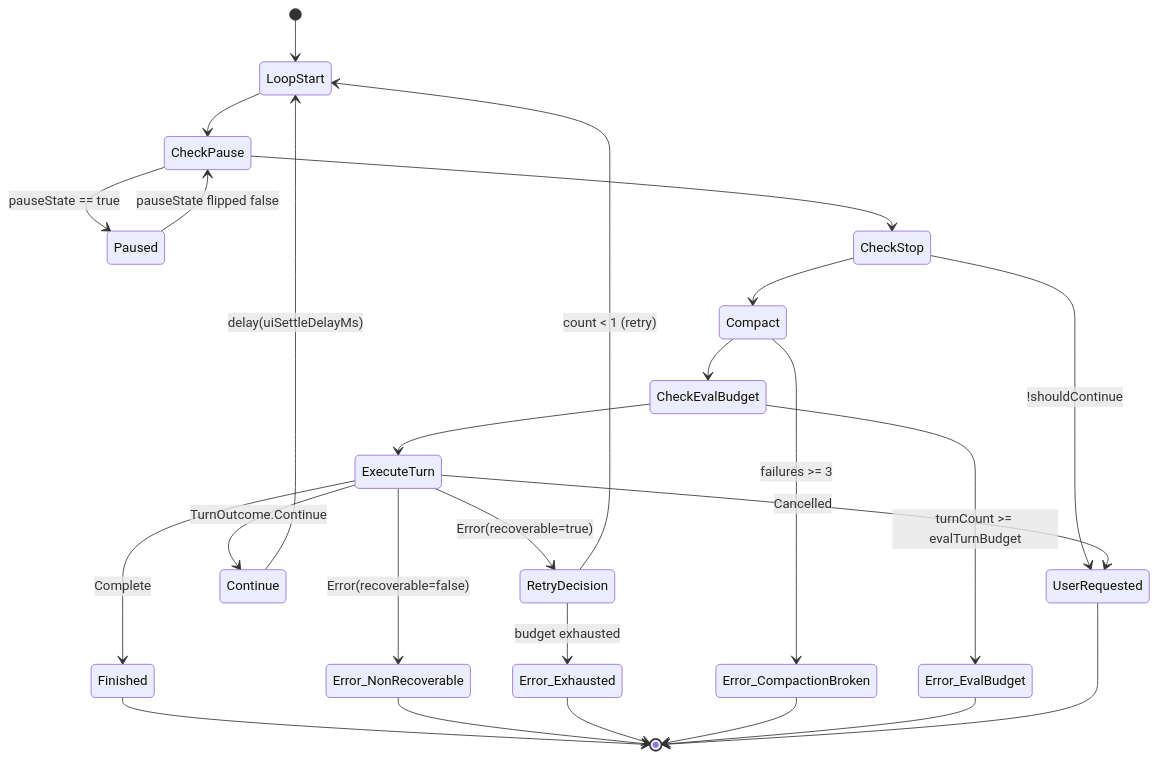
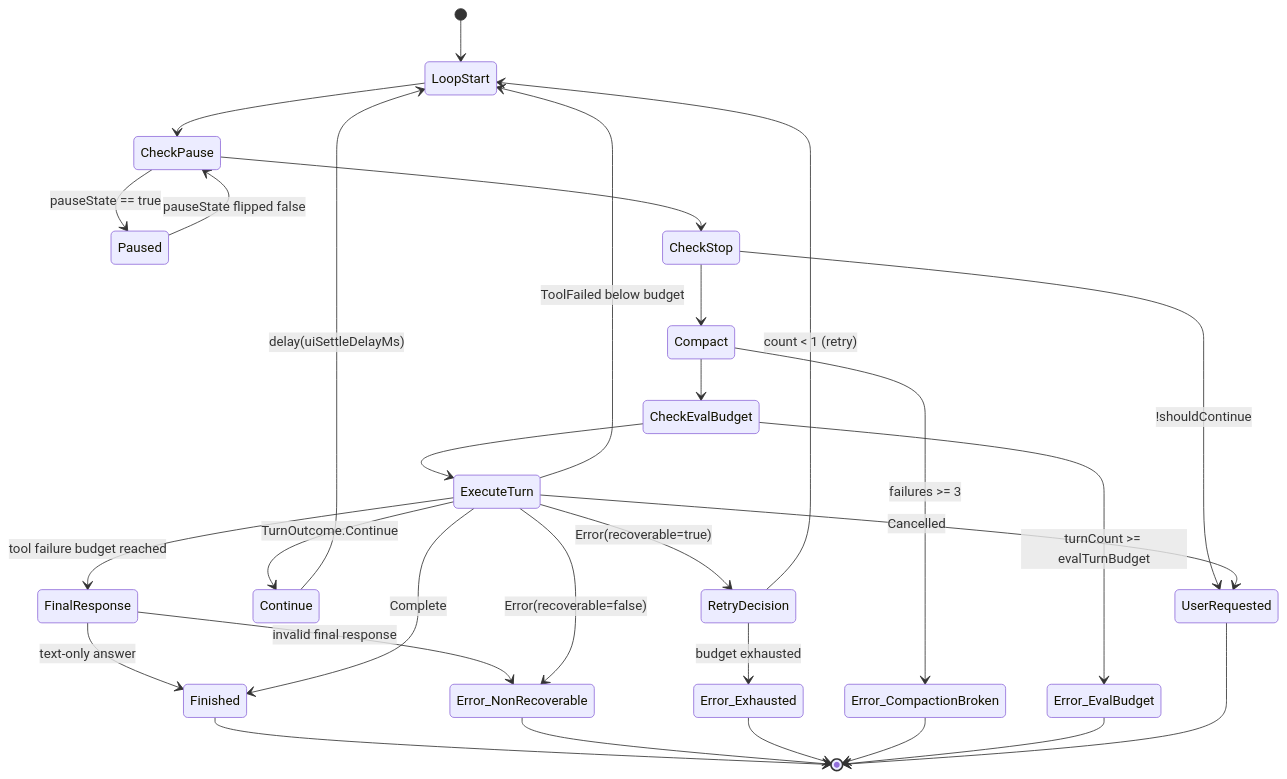
The diagram in PocketPilot/doc/main/state_machines/agent_run_loop.md (steveimm/vibe-projects), drawn with Mermaid before and after one commit. The commit also changed other lines of this file and 25 other files, not shown here.

Commit message:
fix: improve phone tool arguments and error recovery

````diff
--- a/PocketPilot/doc/main/state_machines/agent_run_loop.md
+++ b/PocketPilot/doc/main/state_machines/agent_run_loop.md
@@ -87,28 +89,32 @@
 ```mermaid
 stateDiagram-v2
     [*] --> LoopStart
     LoopStart --> CheckPause
     CheckPause --> Paused: pauseState == true
     Paused --> CheckPause: pauseState flipped false
     CheckPause --> CheckStop
     CheckStop --> UserRequested: !shouldContinue
     CheckStop --> Compact
     Compact --> Error_CompactionBroken: failures >= 3
     Compact --> CheckEvalBudget
     CheckEvalBudget --> Error_EvalBudget: turnCount >= evalTurnBudget
     CheckEvalBudget --> ExecuteTurn
     ExecuteTurn --> Continue: TurnOutcome.Continue
     Continue --> LoopStart: delay(uiSettleDelayMs)
+    ExecuteTurn --> LoopStart: ToolFailed below budget
+    ExecuteTurn --> FinalResponse: tool failure budget reached
+    FinalResponse --> Finished: text-only answer
+    FinalResponse --> Error_NonRecoverable: invalid final response
     ExecuteTurn --> Finished: Complete
     ExecuteTurn --> Error_NonRecoverable: Error(recoverable=false)
     ExecuteTurn --> RetryDecision: Error(recoverable=true)
     RetryDecision --> LoopStart: count < 1 (retry)
     RetryDecision --> Error_Exhausted: budget exhausted
     ExecuteTurn --> UserRequested: Cancelled
     Finished --> [*]
     Error_NonRecoverable --> [*]
     Error_Exhausted --> [*]
     Error_CompactionBroken --> [*]
     Error_EvalBudget --> [*]
     UserRequested --> [*]
 ```
````
